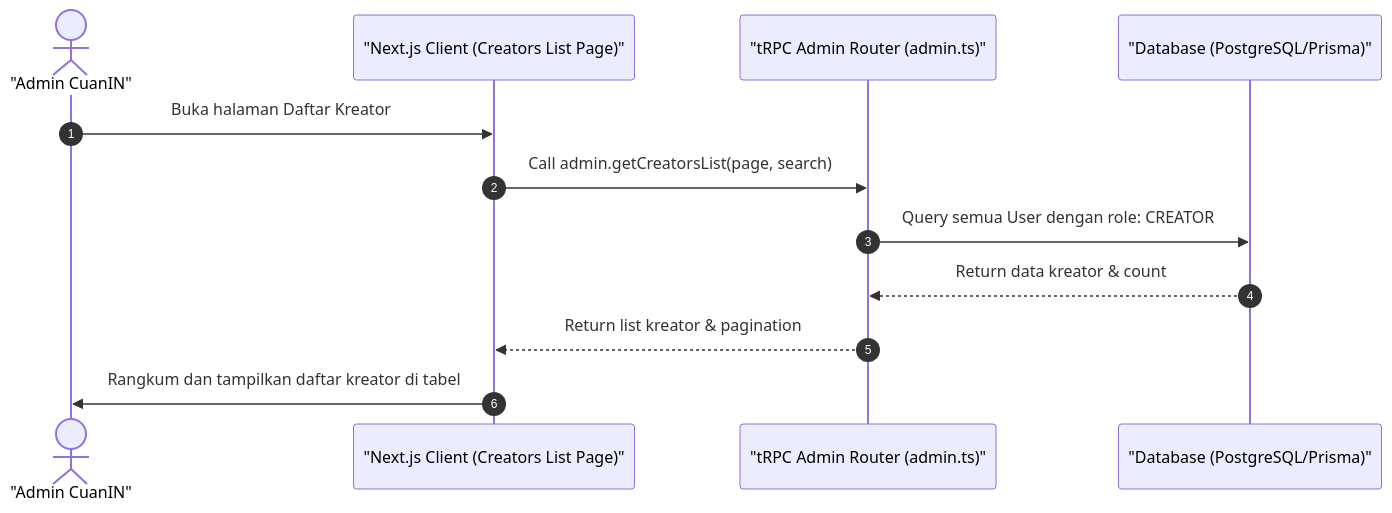
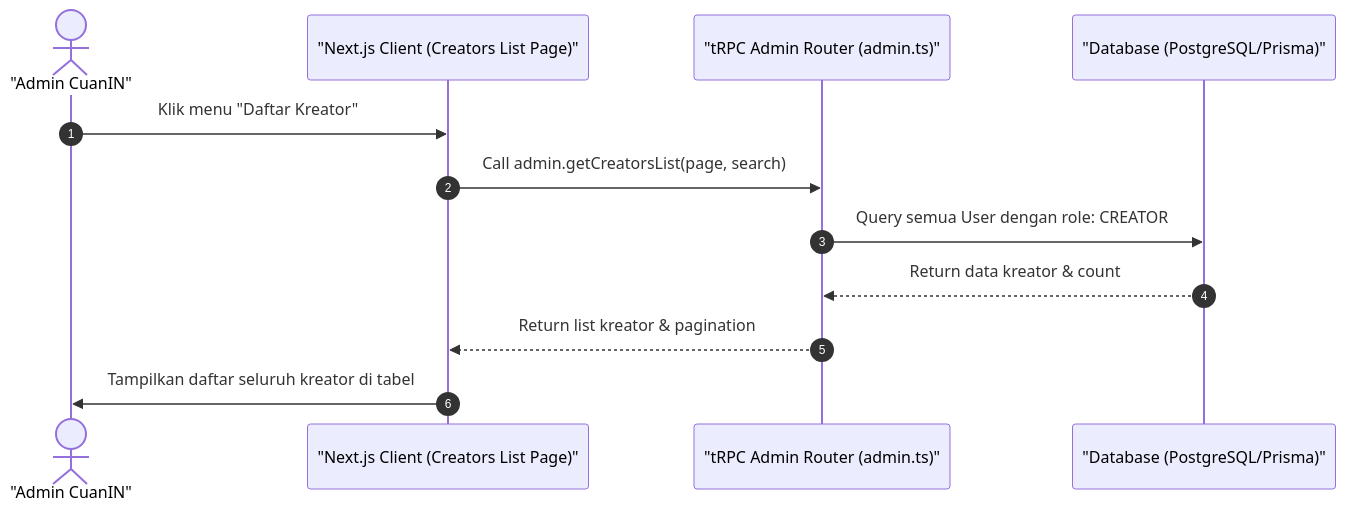
The diagram in docs/sequence-admin-kreator-list.md (luputer/CuanIN), drawn with Mermaid before and after one commit. The commit also changed 53 other files, not shown here.

````diff
--- a/docs/sequence-admin-kreator-list.md
+++ b/docs/sequence-admin-kreator-list.md
@@ -5,15 +5,15 @@
 ```mermaid
 sequenceDiagram
     autonumber
     actor Admin as "Admin CuanIN"
     participant Client as "Next.js Client (Creators List Page)"
     participant Server as "tRPC Admin Router (admin.ts)"
     participant DB as "Database (PostgreSQL/Prisma)"
 
-    Admin->>Client: Buka halaman Daftar Kreator
+    Admin->>Client: Klik menu "Daftar Kreator"
     Client->>Server: Call admin.getCreatorsList(page, search)
     Server->>DB: Query semua User dengan role: CREATOR
     DB-->>Server: Return data kreator & count
     Server-->>Client: Return list kreator & pagination
-    Client->>Admin: Rangkum dan tampilkan daftar kreator di tabel
+    Client->>Admin: Tampilkan daftar seluruh kreator di tabel
 ```
````
